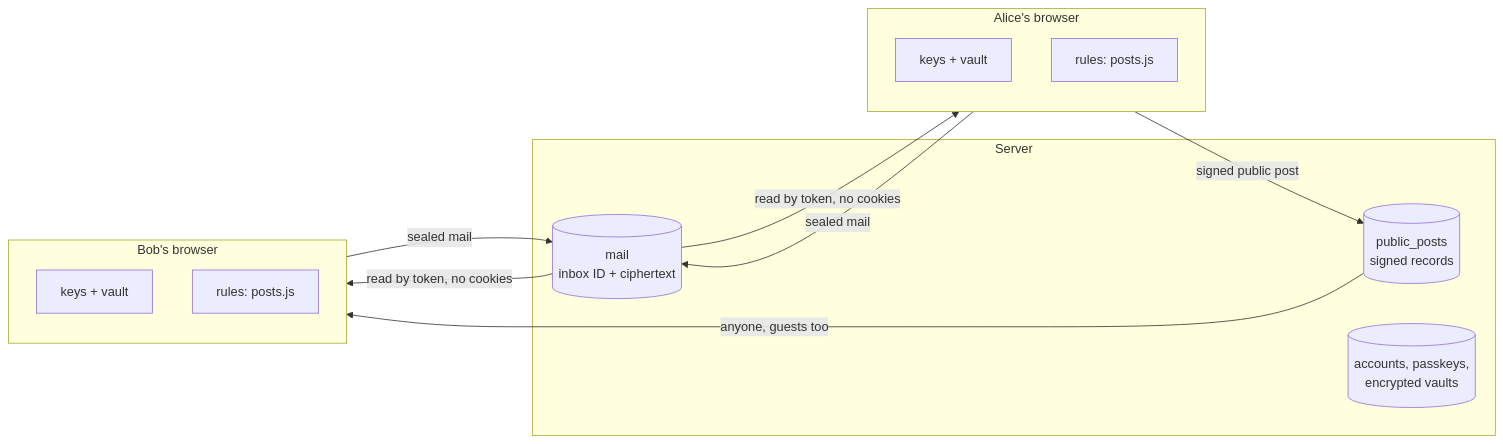
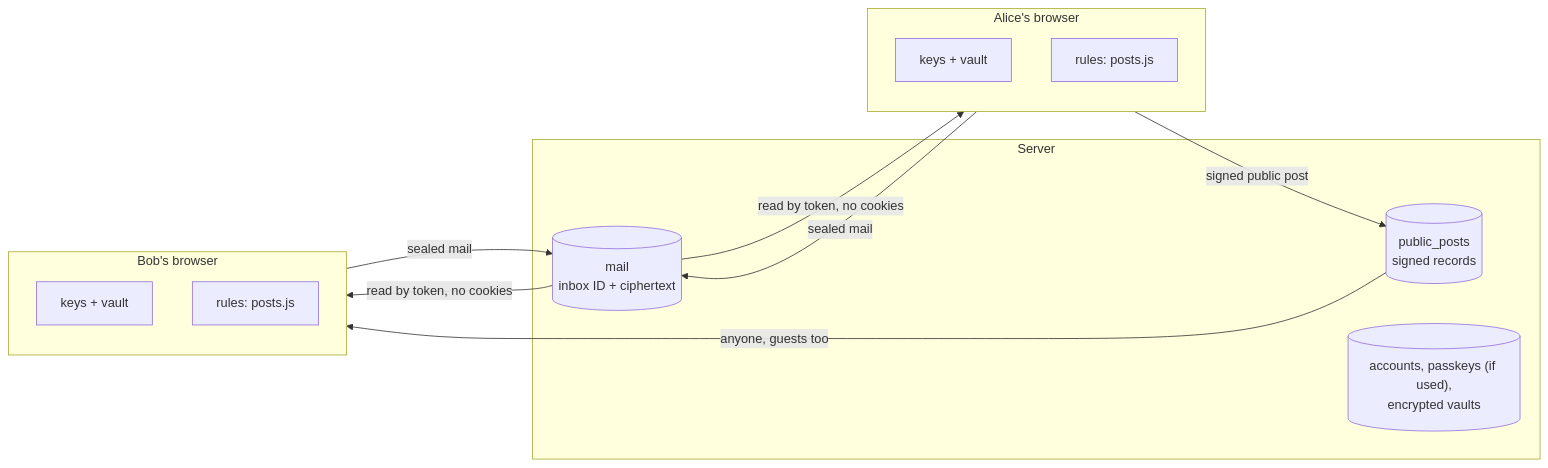
Before and after one commit to 6j0-org/bored: the first of 8 diagrams in docs/encryption.md, drawn with Mermaid. The commit also changed other lines of this file and 19 other files, not shown here.

````diff
--- a/docs/encryption.md
+++ b/docs/encryption.md
@@ -53,22 +53,22 @@
 ```mermaid
 flowchart LR
   subgraph A["Alice's browser"]
     AK["keys + vault"]
     AL["rules: posts.js"]
   end
   subgraph S["Server"]
     M[("mail<br/>inbox ID + ciphertext")]
     P[("public_posts<br/>signed records")]
-    U[("accounts, passkeys,<br/>encrypted vaults")]
+    U[("accounts, passkeys (if used),<br/>encrypted vaults")]
   end
   subgraph B["Bob's browser"]
     BK["keys + vault"]
     BL["rules: posts.js"]
   end
   A -- "sealed mail" --> M
   M -- "read by token, no cookies" --> B
   B -- "sealed mail" --> M
   M -- "read by token, no cookies" --> A
   A -- "signed public post" --> P
   P -- "anyone, guests too" --> B
 ```
````
